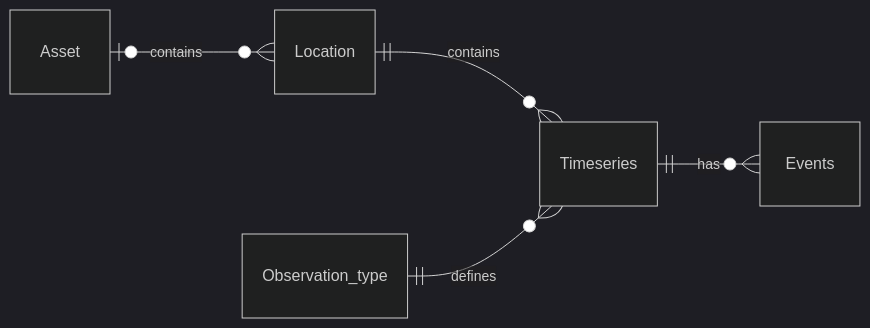
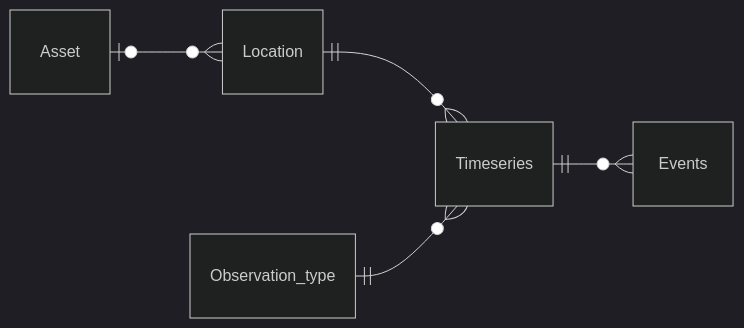
The second of 2 diagrams in research question 1/researchQuestion1.md (Geonovum/Testbed-sensordata), drawn with Mermaid (dark theme) before and after one commit. The commit also changed other lines of this file, not shown here.

````diff
--- a/research question 1/researchQuestion1.md
+++ b/research question 1/researchQuestion1.md
@@ -114,8 +114,8 @@
 ```mermaid
 erDiagram
     direction LR
-    Asset |o--o{ Location: contains
-    Location ||--o{ Timeseries: contains
-    Observation_type ||--o{ Timeseries: defines
-    Timeseries ||--o{ Events: has
+    Asset |o--o{ Location: ""
+    Location ||--o{ Timeseries: ""
+    Observation_type ||--o{ Timeseries: ""
+    Timeseries ||--o{ Events: ""
 ```
````
